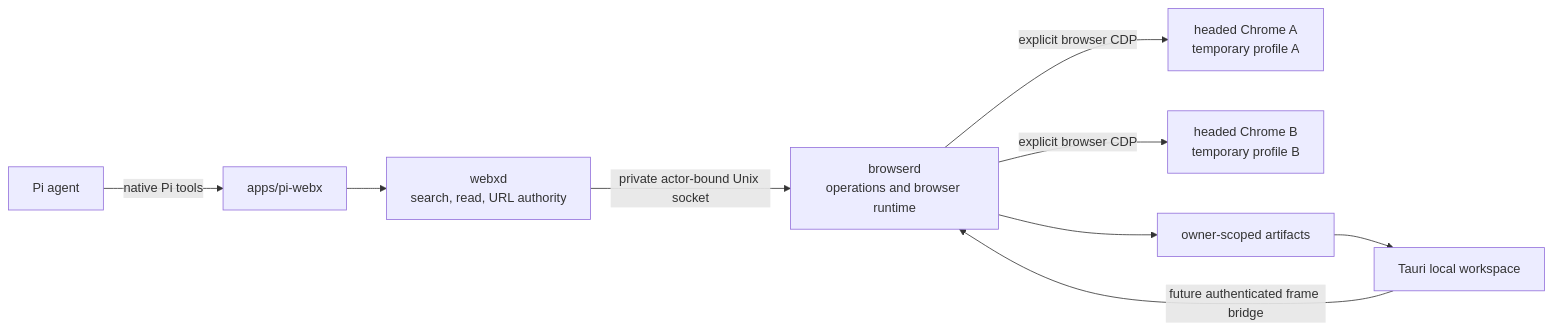
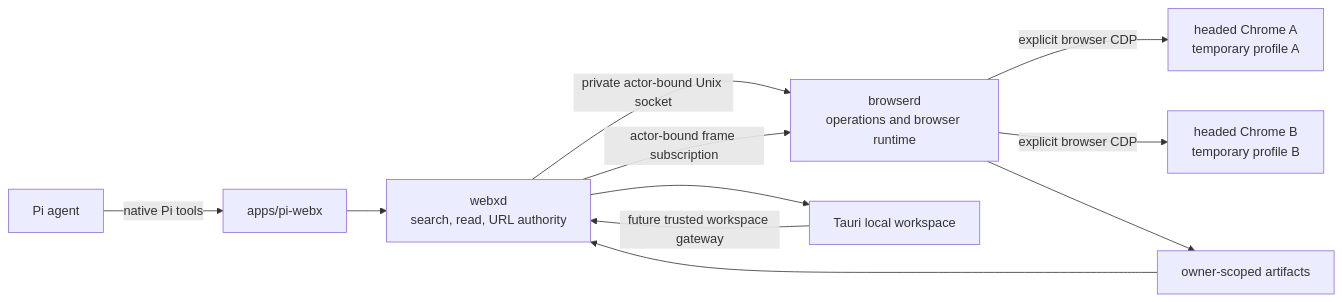
Before and after one commit to JCFrags/my-shtty-pi-web: the diagram in docs/browser-rebuild/ARCHITECTURE.md, drawn with Mermaid. The commit also changed other lines of this file and 16 other files, not shown here.

````diff
--- a/docs/browser-rebuild/ARCHITECTURE.md
+++ b/docs/browser-rebuild/ARCHITECTURE.md
@@ -9,11 +9,13 @@
 ```mermaid
 flowchart LR
   Agent[Pi agent] -->|native Pi tools| Ext[apps/pi-webx]
   Ext --> Webxd[webxd\nsearch, read, URL authority]
   Webxd -->|private actor-bound Unix socket| Browserd[browserd\noperations and browser runtime]
   Browserd -->|explicit browser CDP| ChromeA[headed Chrome A\ntemporary profile A]
   Browserd -->|explicit browser CDP| ChromeB[headed Chrome B\ntemporary profile B]
   Browserd --> Artifacts[owner-scoped artifacts]
-  Workspace[Tauri local workspace] -->|future authenticated frame bridge| Browserd
-  Artifacts --> Workspace
+  Workspace[Tauri local workspace] -->|future trusted workspace gateway| Webxd
+  Webxd -->|actor-bound frame subscription| Browserd
+  Artifacts --> Webxd
+  Webxd --> Workspace
 ```
````
